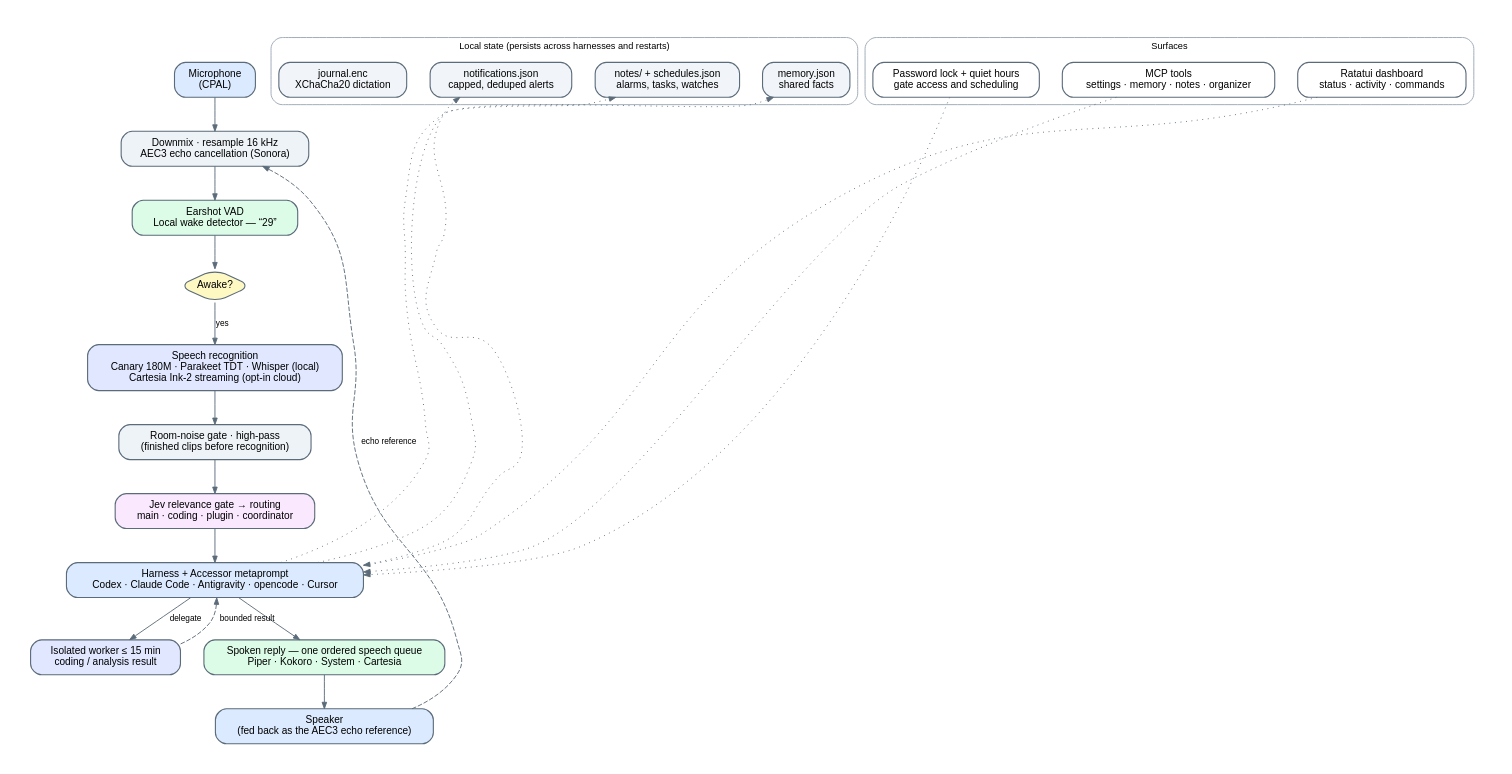
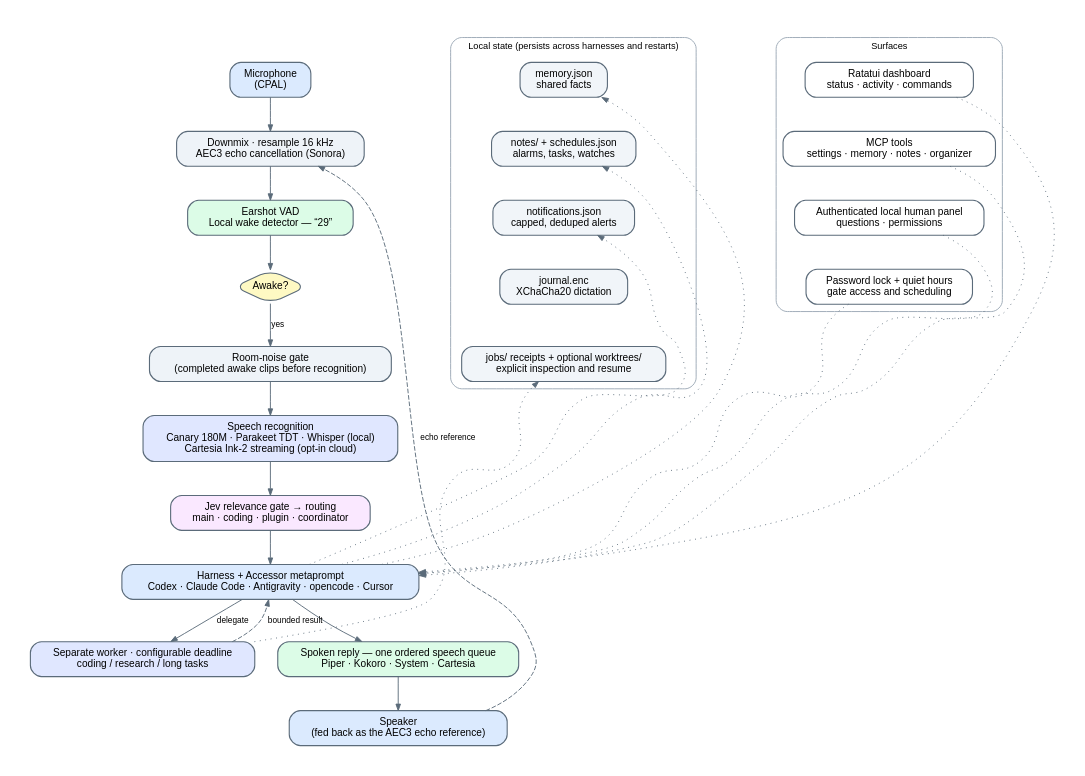
Before and after one commit to T-Lind/accessor: the diagram in docs/diagrams/29.dot, drawn with Graphviz. The commit also changed 45 other files, not shown here.

```diff
--- a/docs/diagrams/29.dot
+++ b/docs/diagrams/29.dot
@@ -1,59 +1,65 @@
 // Accessor core voice pipeline ("29").
 //
 // Editable source for docs/diagrams/29.png. Render with Graphviz:
 //
 //   dot -Tpng docs/diagrams/29.dot -o docs/diagrams/29.png
 //
 // Keep the labels short; the README "How it works" section is the prose copy.
 digraph accessor {
   rankdir = TB;
   graph [fontname = "Helvetica", bgcolor = "white", pad = 0.35, nodesep = 0.35, ranksep = 0.5];
   node  [shape = box, style = "rounded,filled", fontname = "Helvetica", fontsize = 11,
          color = "#5B6B7A", fillcolor = "#EEF3F8", penwidth = 1.2, margin = "0.16,0.10"];
   edge  [fontname = "Helvetica", fontsize = 9, color = "#5B6B7A", arrowsize = 0.7];
 
   capture  [label = "Microphone\n(CPAL)", fillcolor = "#DBEAFE"];
   dsp      [label = "Downmix · resample 16 kHz\nAEC3 echo cancellation (Sonora)"];
   wake     [label = "Earshot VAD\nLocal wake detector — “29”", fillcolor = "#DCFCE7"];
   awake    [label = "Awake?", shape = diamond, fillcolor = "#FEF9C3", margin = "0.05,0.03"];
   stt      [label = "Speech recognition\nCanary 180M · Parakeet TDT · Whisper (local)\nCartesia Ink-2 streaming (opt-in cloud)", fillcolor = "#E0E7FF"];
-  gate     [label = "Room-noise gate · high-pass\n(finished clips before recognition)"];
+  gate     [label = "Room-noise gate\n(completed awake clips before recognition)"];
   rel      [label = "Jev relevance gate → routing\nmain · coding · plugin · coordinator", fillcolor = "#FAE8FF"];
   harness  [label = "Harness + Accessor metaprompt\nCodex · Claude Code · Antigravity · opencode · Cursor", fillcolor = "#DBEAFE"];
-  worker   [label = "Isolated worker ≤ 15 min\ncoding / analysis result", fillcolor = "#E0E7FF"];
+  worker   [label = "Separate worker · configurable deadline\ncoding / research / long tasks", fillcolor = "#E0E7FF"];
   tts      [label = "Spoken reply — one ordered speech queue\nPiper · Kokoro · System · Cartesia", fillcolor = "#DCFCE7"];
   speaker  [label = "Speaker\n(fed back as the AEC3 echo reference)", fillcolor = "#DBEAFE"];
 
   capture -> dsp -> wake -> awake;
-  awake -> stt [label = "yes"];
-  stt -> gate -> rel -> harness;
+  awake -> gate [label = "yes"];
+  gate -> stt -> rel -> harness;
   harness -> worker [label = "delegate"];
   worker -> harness [label = "bounded result", style = dashed, constraint = false];
   harness -> tts;
   tts -> speaker;
   speaker -> dsp [label = "echo reference", style = dashed, constraint = false];
 
   // Local state and controls that surround the loop.
   subgraph cluster_state {
     label = "Local state (persists across harnesses and restarts)";
     fontname = "Helvetica"; fontsize = 10; color = "#9AA7B4"; style = "rounded";
     memory  [label = "memory.json\nshared facts", fillcolor = "#F1F5F9"];
     notes   [label = "notes/ + schedules.json\nalarms, tasks, watches", fillcolor = "#F1F5F9"];
     notices [label = "notifications.json\ncapped, deduped alerts", fillcolor = "#F1F5F9"];
     journal [label = "journal.enc\nXChaCha20 dictation", fillcolor = "#F1F5F9"];
+    jobs    [label = "jobs/ receipts + optional worktrees/\nexplicit inspection and resume", fillcolor = "#F1F5F9"];
+    memory -> notes -> notices -> journal -> jobs [style = invis];
   }
   subgraph cluster_surface {
     label = "Surfaces";
     fontname = "Helvetica"; fontsize = 10; color = "#9AA7B4"; style = "rounded";
     dash  [label = "Ratatui dashboard\nstatus · activity · commands", fillcolor = "#FFFFFF"];
     mcp   [label = "MCP tools\nsettings · memory · notes · organizer", fillcolor = "#FFFFFF"];
     lock  [label = "Password lock + quiet hours\ngate access and scheduling", fillcolor = "#FFFFFF"];
+    human [label = "Authenticated local human panel\nquestions · permissions", fillcolor = "#FFFFFF"];
+    dash -> mcp -> human -> lock [style = invis];
   }
 
   harness -> memory  [style = dotted, constraint = false];
   harness -> notes   [style = dotted, constraint = false];
   harness -> notices [style = dotted, constraint = false];
   dash  -> harness   [style = dotted, constraint = false];
   mcp   -> harness   [style = dotted, constraint = false];
   lock  -> harness   [style = dotted, constraint = false];
+  worker -> jobs    [style = dotted, constraint = false];
+  human -> harness  [style = dotted, constraint = false];
 }
```
